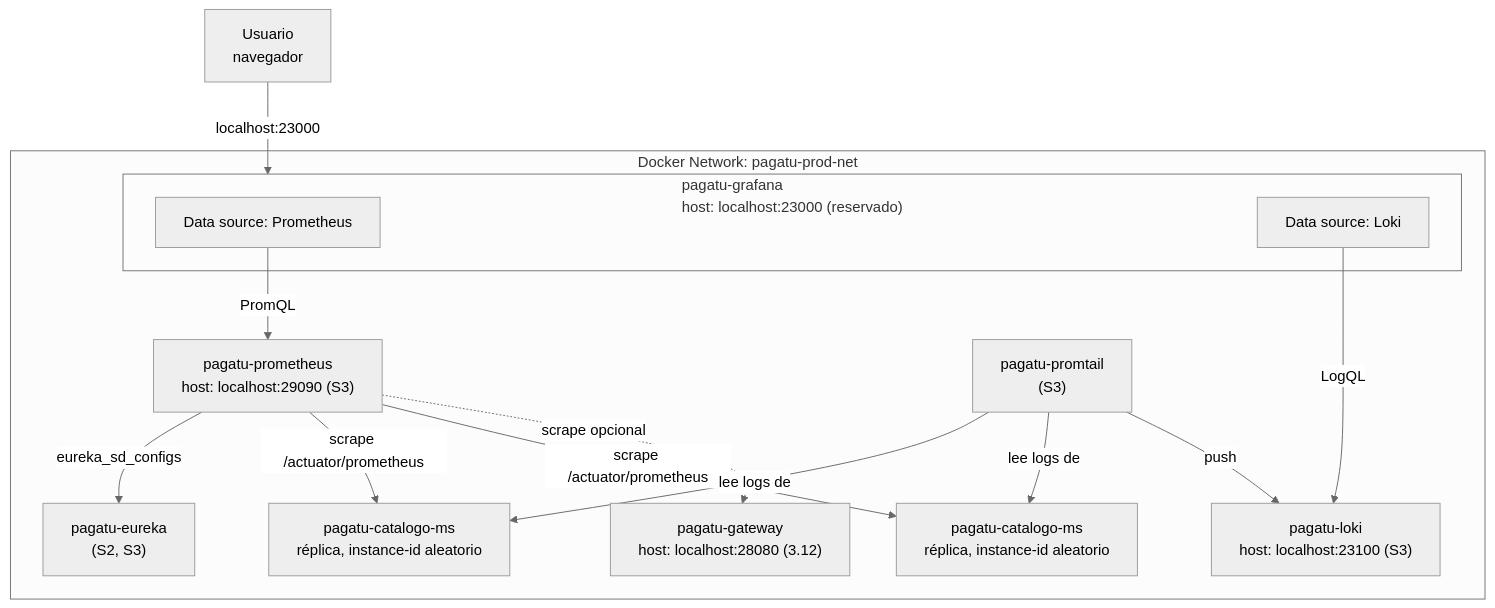
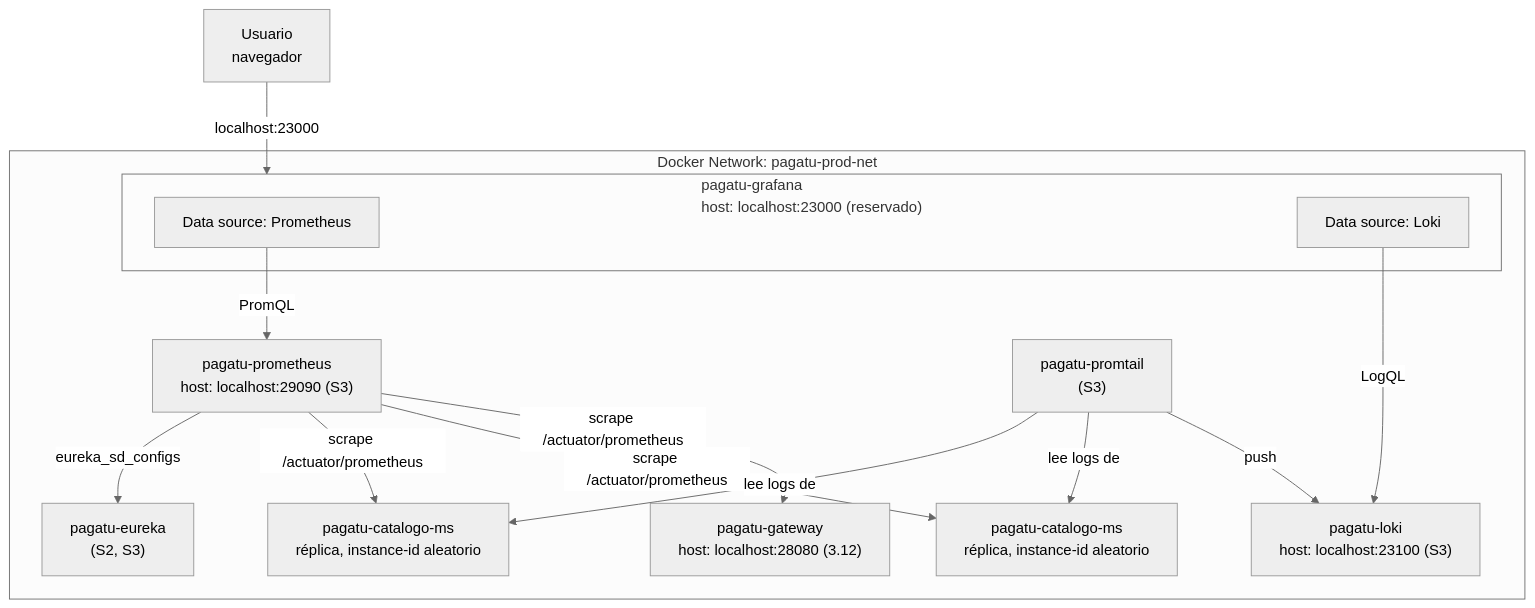
One commit to 262dist/pagatu changed the tenth of 10 diagrams in docs/sesiones/S04_Punto_Unico_Acceso_Distribucion_Trafico.md. Above: the diagram before and after it, drawn with Mermaid (neutral theme). The commit also changed other lines of this file and 2 other files, not shown here.

````diff
--- a/docs/sesiones/S04_Punto_Unico_Acceso_Distribucion_Trafico.md
+++ b/docs/sesiones/S04_Punto_Unico_Acceso_Distribucion_Trafico.md
@@ -639,33 +640,33 @@
 ```mermaid
 flowchart TB
     Usuario["Usuario<br/>navegador"]
 
     subgraph Docker["Docker Network: pagatu-prod-net"]
         subgraph Grafana["pagatu-grafana<br/>host: localhost:23000 (reservado)"]
             DS1["Data source: Prometheus"]
             DS2["Data source: Loki"]
         end
 
         Prometheus["pagatu-prometheus<br/>host: localhost:29090 (S3)"]
         Loki["pagatu-loki<br/>host: localhost:23100 (S3)"]
         Eureka["pagatu-eureka<br/>(S2, S3)"]
         Promtail["pagatu-promtail<br/>(S3)"]
         Gateway["pagatu-gateway<br/>host: localhost:28080 (3.12)"]
 
         I1["pagatu-catalogo-ms<br/>réplica, instance-id aleatorio"]
         I2["pagatu-catalogo-ms<br/>réplica, instance-id aleatorio"]
     end
 
     Usuario -->|"localhost:23000"| Grafana
     DS1 -->|"PromQL"| Prometheus
     DS2 -->|"LogQL"| Loki
 
     Prometheus -->|"eureka_sd_configs"| Eureka
     Prometheus -->|"scrape /actuator/prometheus"| I1
     Prometheus -->|"scrape /actuator/prometheus"| I2
-    Prometheus -.->|"scrape opcional"| Gateway
+    Prometheus -->|"scrape /actuator/prometheus"| Gateway
 
     Promtail -->|"lee logs de"| I1
     Promtail -->|"lee logs de"| I2
     Promtail -->|"push"| Loki
 ```
````
